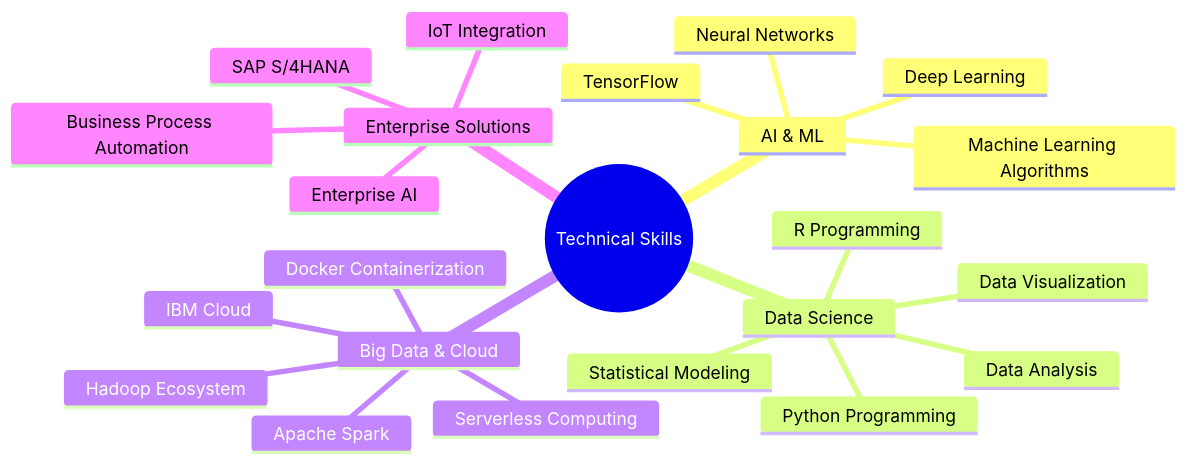
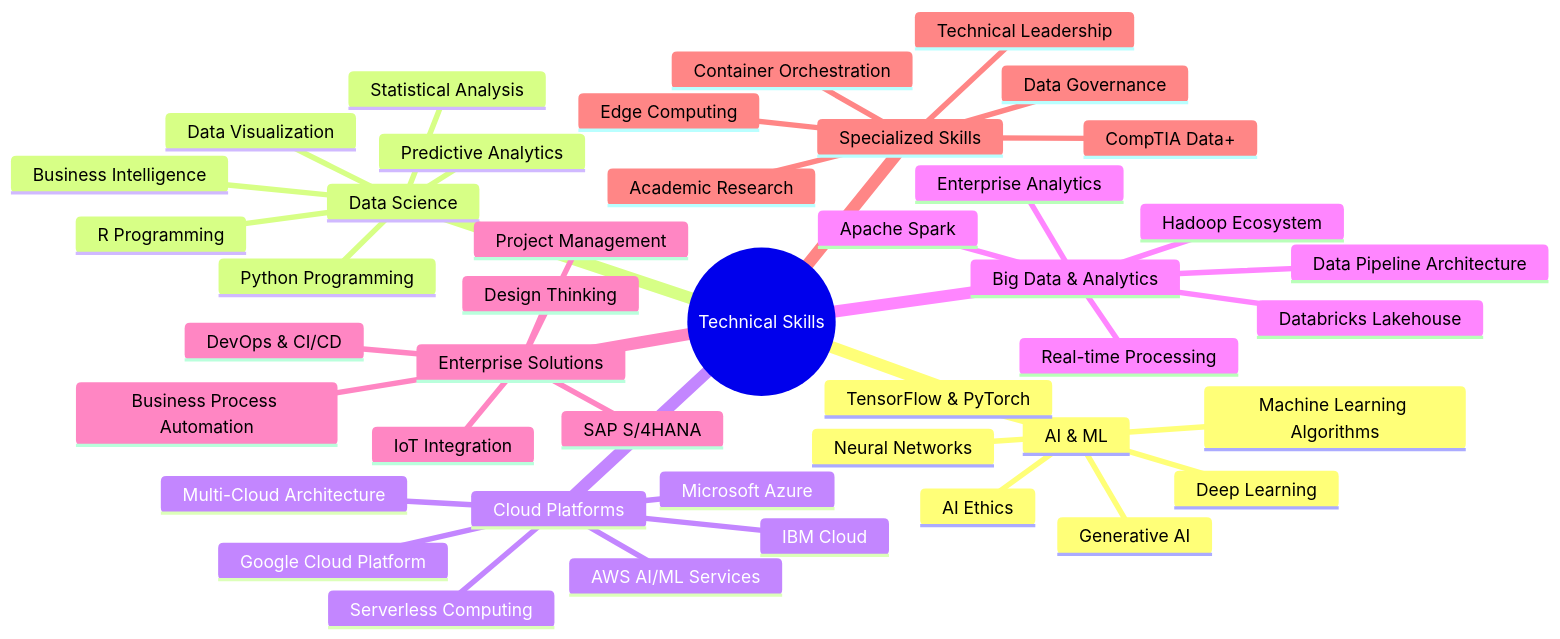
One commit to eaamankwah/Artificial-Intelligence-Badges changed the first of 2 diagrams in README.md. Above: the diagram before and after it, drawn with Mermaid. The commit also changed other lines of this file, not shown here.

````diff
--- a/README.md
+++ b/README.md
@@ -28,26 +347,46 @@
 ```mermaid
 mindmap
   root((Technical Skills))
     AI & ML
       Deep Learning
-      TensorFlow
+      TensorFlow & PyTorch
       Neural Networks
       Machine Learning Algorithms
+      Generative AI
+      AI Ethics
     Data Science
       Python Programming
       R Programming
-      Data Analysis
-      Statistical Modeling
+      Statistical Analysis
       Data Visualization
-    Big Data & Cloud
+      Business Intelligence
+      Predictive Analytics
+    Cloud Platforms
+      AWS AI/ML Services
+      Microsoft Azure
+      Google Cloud Platform
+      IBM Cloud
+      Multi-Cloud Architecture
+      Serverless Computing
+    Big Data & Analytics
       Hadoop Ecosystem
       Apache Spark
-      IBM Cloud
-      Docker Containerization
-      Serverless Computing
+      Databricks Lakehouse
+      Data Pipeline Architecture
+      Real-time Processing
+      Enterprise Analytics
     Enterprise Solutions
       SAP S/4HANA
       Business Process Automation
       IoT Integration
-      Enterprise AI
+      DevOps & CI/CD
+      Project Management
+      Design Thinking
+    Specialized Skills
+      CompTIA Data+
+      Container Orchestration
+      Edge Computing
+      Data Governance
+      Academic Research
+      Technical Leadership
 ```
````
